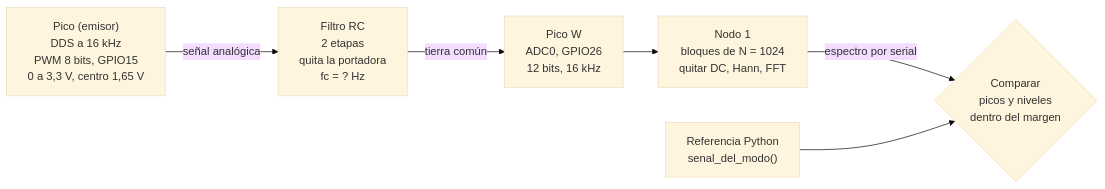
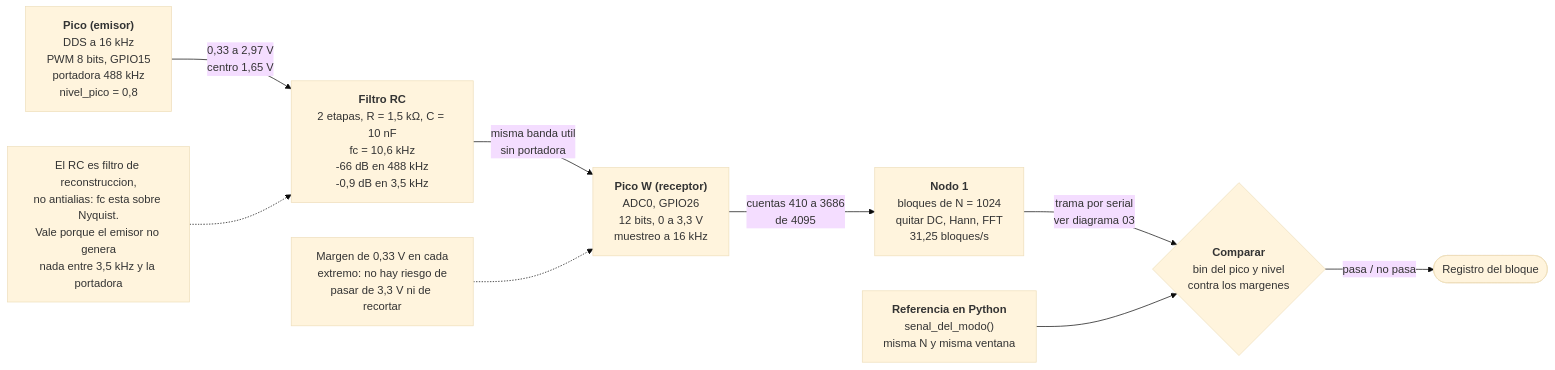
The diagram in taller_semana12/d_validacion/diagramas/01_cadena_senal.mmd (Kearranza/Proyecto-Grupal-1-ASM), drawn with Mermaid (base theme) before and after one commit. The commit also changed 9 other files, not shown here.

```diff
--- a/taller_semana12/d_validacion/diagramas/01_cadena_senal.mmd
+++ b/taller_semana12/d_validacion/diagramas/01_cadena_senal.mmd
@@ -1,14 +1,21 @@
-%% Base de ejemplo. D la revisa y completa con los valores finales.
+%% Bloque D - Cadena de senal del emisor al nodo 1, con niveles reales.
+%% fc del RC: propuesta de D (R = 1,5 kohm, C = 10 nF por etapa). C la confirma al medir.
 flowchart LR
-    A["Pico (emisor)<br/>DDS a 16 kHz<br/>PWM 8 bits, GPIO15<br/>0 a 3,3 V, centro 1,65 V"]
-    B["Filtro RC<br/>2 etapas<br/>quita la portadora<br/>fc = ? Hz"]
-    C["Pico W<br/>ADC0, GPIO26<br/>12 bits, 16 kHz"]
-    D["Nodo 1<br/>bloques de N = 1024<br/>quitar DC, Hann, FFT"]
-    R["Referencia Python<br/>senal_del_modo()"]
-    V{"Comparar<br/>picos y niveles<br/>dentro del margen"}
+    A["<b>Pico (emisor)</b><br/>DDS a 16 kHz<br/>PWM 8 bits, GPIO15<br/>portadora 488 kHz<br/>nivel_pico = 0,8"]
+    B["<b>Filtro RC</b><br/>2 etapas, R = 1,5 kΩ, C = 10 nF<br/>fc = 10,6 kHz<br/>-66 dB en 488 kHz<br/>-0,9 dB en 3,5 kHz"]
+    C["<b>Pico W (receptor)</b><br/>ADC0, GPIO26<br/>12 bits, 0 a 3,3 V<br/>muestreo a 16 kHz"]
+    D["<b>Nodo 1</b><br/>bloques de N = 1024<br/>quitar DC, Hann, FFT<br/>31,25 bloques/s"]
+    R["<b>Referencia en Python</b><br/>senal_del_modo()<br/>misma N y misma ventana"]
+    V{"<b>Comparar</b><br/>bin del pico y nivel<br/>contra los margenes"}
 
-    A -->|"señal analógica"| B
-    B -->|"tierra común"| C
-    C --> D
-    D -->|"espectro por serial"| V
+    A -->|"0,33 a 2,97 V<br/>centro 1,65 V"| B
+    B -->|"misma banda util<br/>sin portadora"| C
+    C -->|"cuentas 410 a 3686<br/>de 4095"| D
+    D -->|"trama por serial<br/>ver diagrama 03"| V
     R --> V
+    V -->|"pasa / no pasa"| S(["Registro del bloque"])
+
+    N1["Margen de 0,33 V en cada<br/>extremo: no hay riesgo de<br/>pasar de 3,3 V ni de recortar"]
+    N1 -.-> C
+    N2["El RC es filtro de reconstruccion,<br/>no antialias: fc esta sobre Nyquist.<br/>Vale porque el emisor no genera<br/>nada entre 3,5 kHz y la portadora"]
+    N2 -.-> B
```
